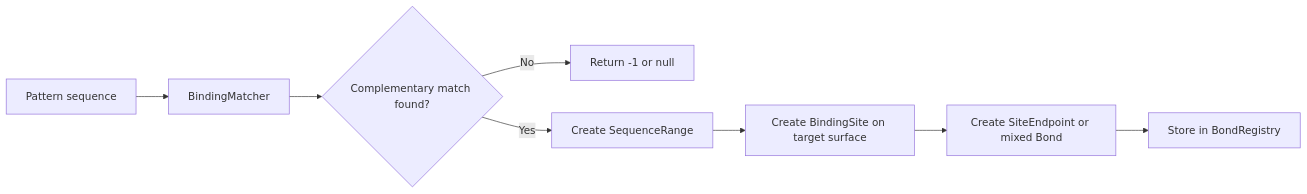
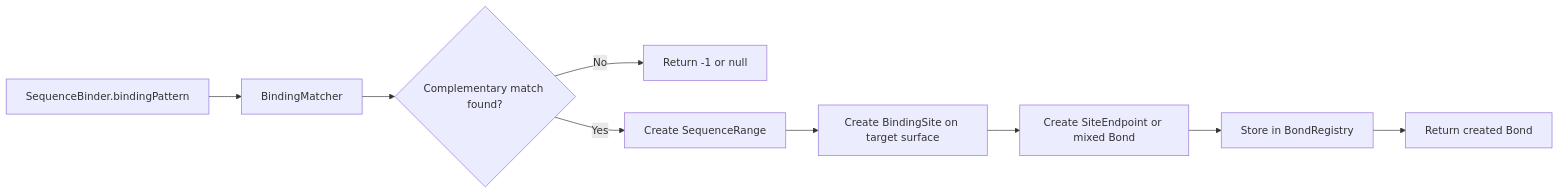
The second of 2 diagrams in docs/biology/interactions/bonds.md (skasti/life-sim), drawn with Mermaid before and after one commit. The commit also changed other lines of this file and 6 other files, not shown here.

Commit message:
Add runtime SequenceBinder bridge to bond system

````diff
--- a/docs/biology/interactions/bonds.md
+++ b/docs/biology/interactions/bonds.md
@@ -213,10 +214,11 @@
 ```mermaid
 flowchart LR
-    A[Pattern sequence] --> B[BindingMatcher]
+    A[SequenceBinder.bindingPattern] --> B[BindingMatcher]
     B --> C{Complementary match found?}
     C -- No --> D[Return -1 or null]
     C -- Yes --> E[Create SequenceRange]
     E --> F[Create BindingSite on target surface]
     F --> G[Create SiteEndpoint or mixed Bond]
     G --> H[Store in BondRegistry]
+    H --> I[Return created Bond]
 ```
````
